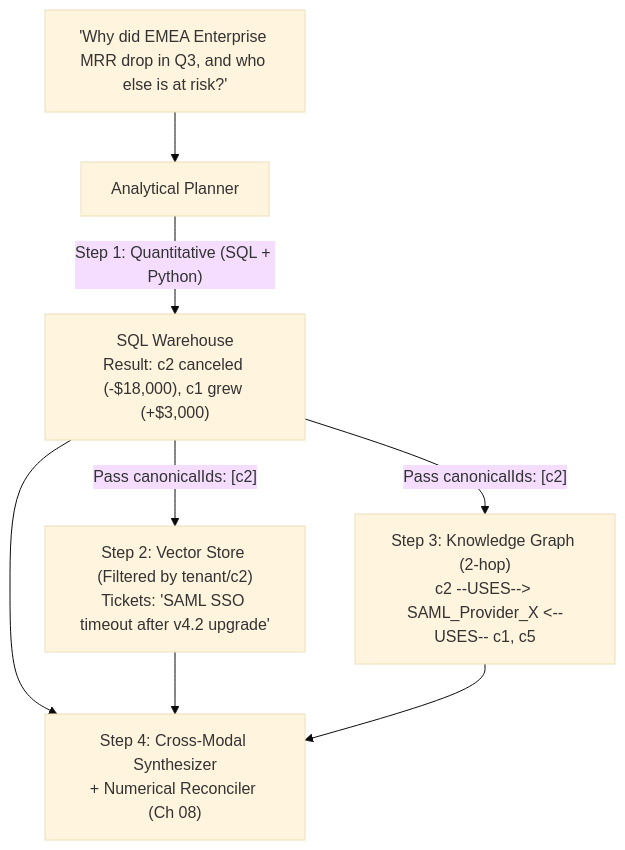
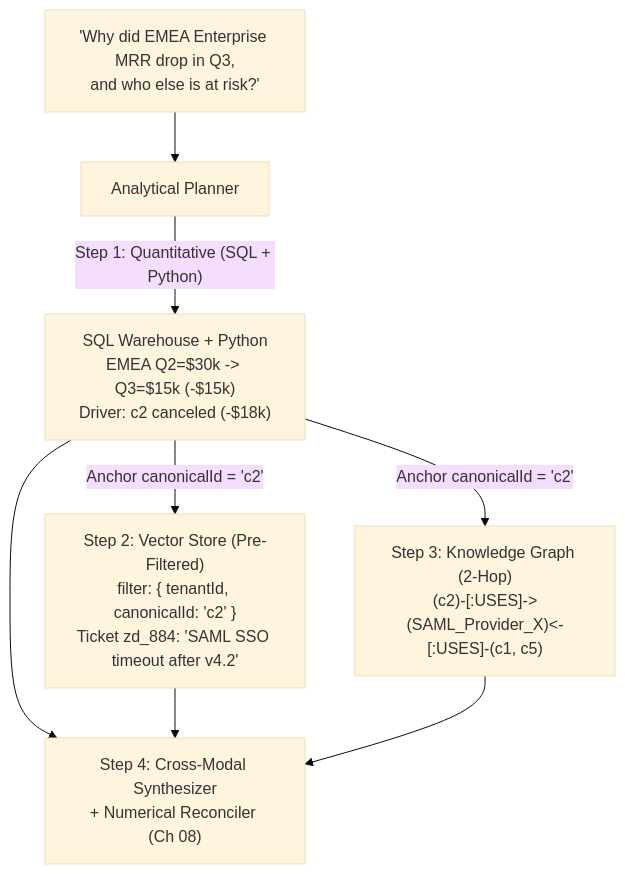
Before and after one commit to Amie-dev/FDE-and-GenAI-Mastery: the first of 2 diagrams in Lecture 26 - Semantic Text-to-SQL and Analytical Python/notes/07_Cross_Modal_Reasoning_SQL_Vector_Graph.md, drawn with Mermaid (base theme). The commit also changed other lines of this file and 92 other files, not shown here.

````diff
--- a/Lecture 26 - Semantic Text-to-SQL and Analytical Python/notes/07_Cross_Modal_Reasoning_SQL_Vector_Graph.md
+++ b/Lecture 26 - Semantic Text-to-SQL and Analytical Python/notes/07_Cross_Modal_Reasoning_SQL_Vector_Graph.md
@@ -30,10 +37,10 @@
 ```mermaid
 flowchart TD
-    Q["'Why did EMEA Enterprise MRR drop in Q3, and who else is at risk?'"] --> Plan["Analytical Planner"]
-    Plan -->|"Step 1: Quantitative (SQL + Python)"| SQL["SQL Warehouse<br/>Result: c2 canceled (-$18,000), c1 grew (+$3,000)"]
-    SQL -->|"Pass canonicalIds: [c2]"| Vec["Step 2: Vector Store (Filtered by tenant/c2)<br/>Tickets: 'SAML SSO timeout after v4.2 upgrade'"]
-    SQL -->|"Pass canonicalIds: [c2]"| Graph["Step 3: Knowledge Graph (2-hop)<br/>c2 --USES--> SAML_Provider_X <--USES-- c1, c5"]
+    Q["'Why did EMEA Enterprise MRR drop in Q3,<br/>and who else is at risk?'"] --> Plan["Analytical Planner"]
+    Plan -->|"Step 1: Quantitative (SQL + Python)"| SQL["SQL Warehouse + Python<br/>EMEA Q2=$30k -> Q3=$15k (-$15k)<br/>Driver: c2 canceled (-$18k)"]
+    SQL -->|"Anchor canonicalId = 'c2'"| Vec["Step 2: Vector Store (Pre-Filtered)<br/>filter: { tenantId, canonicalId: 'c2' }<br/>Ticket zd_884: 'SAML SSO timeout after v4.2'"]
+    SQL -->|"Anchor canonicalId = 'c2'"| Graph["Step 3: Knowledge Graph (2-Hop)<br/>(c2)-[:USES]->(SAML_Provider_X)<-[:USES]-(c1, c5)"]
     SQL --> Syn["Step 4: Cross-Modal Synthesizer<br/>+ Numerical Reconciler (Ch 08)"]
     Vec --> Syn
     Graph --> Syn
 ```
````
